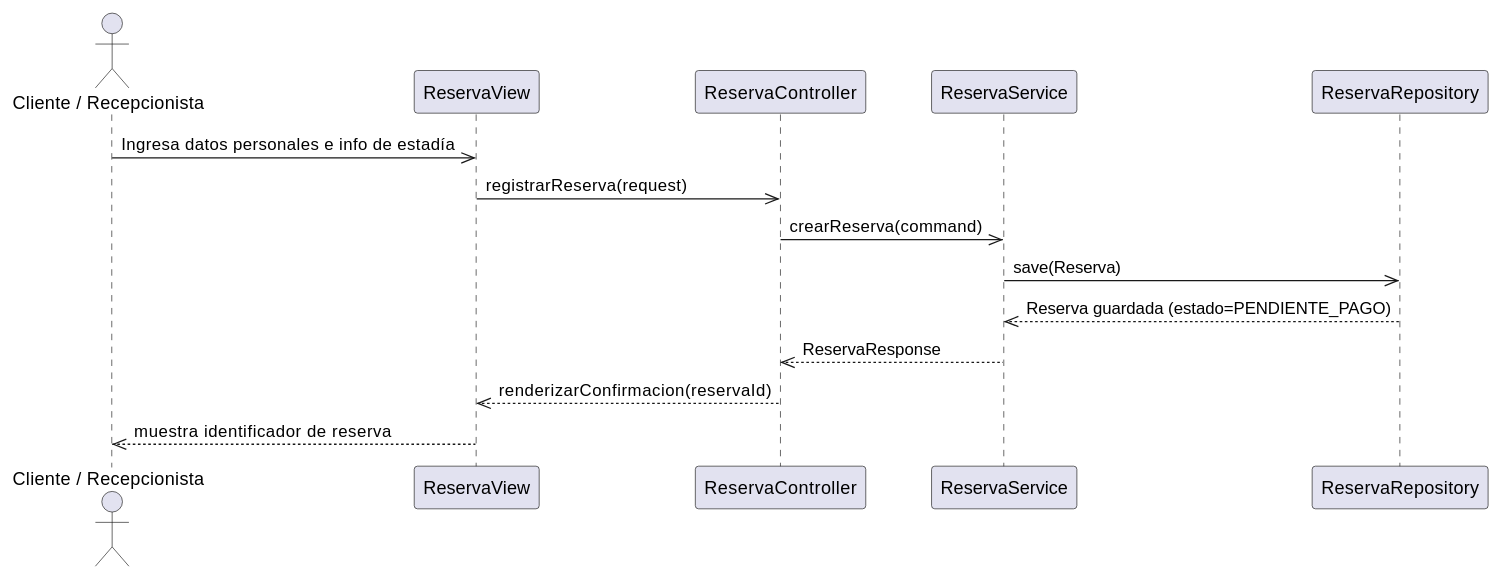
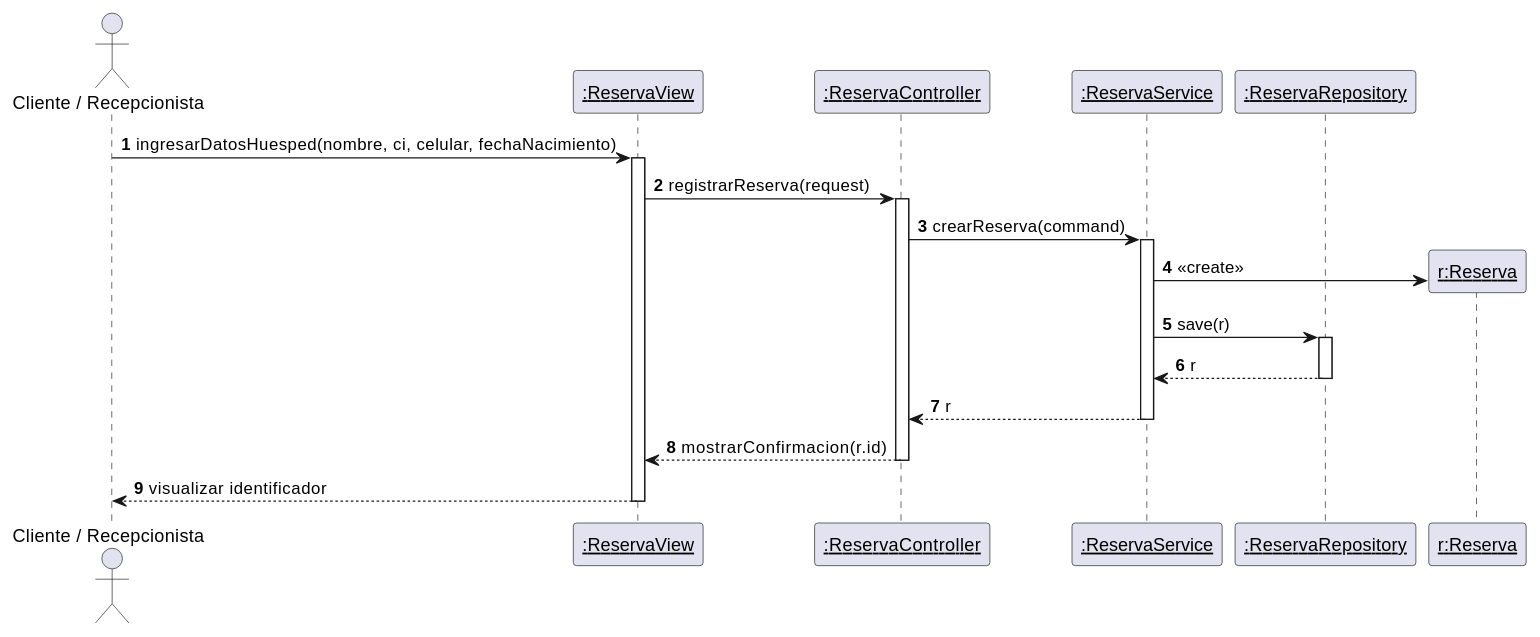
The eighth of 36 diagrams in RefactorV4.md (Tsmrain/GestionSistemas), drawn with PlantUML before and after one commit. The commit also changed other lines of this file and 1 other file, not shown here.

Commit message:
refactor: enhance UML diagrams with GRASP stereotypes, layer annotations, and updated sequence interactions.

````diff
--- a/RefactorV4.md
+++ b/RefactorV4.md
@@ -526,18 +572,29 @@
 ```plantuml
 @startuml
+autonumber
 actor Actor as "Cliente / Recepcionista"
-participant "ReservaView" as View
-participant "ReservaController" as Ctrl
-participant "ReservaService" as Serv
-participant "ReservaRepository" as Repo
+participant "<u>:ReservaView</u>" as View
+participant "<u>:ReservaController</u>" as Ctrl
+participant "<u>:ReservaService</u>" as Serv
+participant "<u>:ReservaRepository</u>" as Repo
 
-Actor ->> View: Ingresa datos personales e info de estadía
-View ->> Ctrl: registrarReserva(request)
-Ctrl ->> Serv: crearReserva(command)
-Serv ->> Repo: save(Reserva)
-Repo -->> Serv: Reserva guardada (estado=PENDIENTE_PAGO)
-Serv -->> Ctrl: ReservaResponse
-Ctrl -->> View: renderizarConfirmacion(reservaId)
-View -->> Actor: muestra identificador de reserva
+Actor -> View : ingresarDatosHuesped(nombre, ci, celular, fechaNacimiento)
+activate View
+View -> Ctrl : registrarReserva(request)
+activate Ctrl
+Ctrl -> Serv : crearReserva(command)
+activate Serv
+create participant "<u>r:Reserva</u>" as Reserva
+Serv -> Reserva : <<create>>
+Serv -> Repo : save(r)
+activate Repo
+Repo --> Serv : r
+deactivate Repo
+Serv --> Ctrl : r
+deactivate Serv
+Ctrl --> View : mostrarConfirmacion(r.id)
+deactivate Ctrl
+View --> Actor : visualizar identificador
+deactivate View
 @enduml
 ```
````
